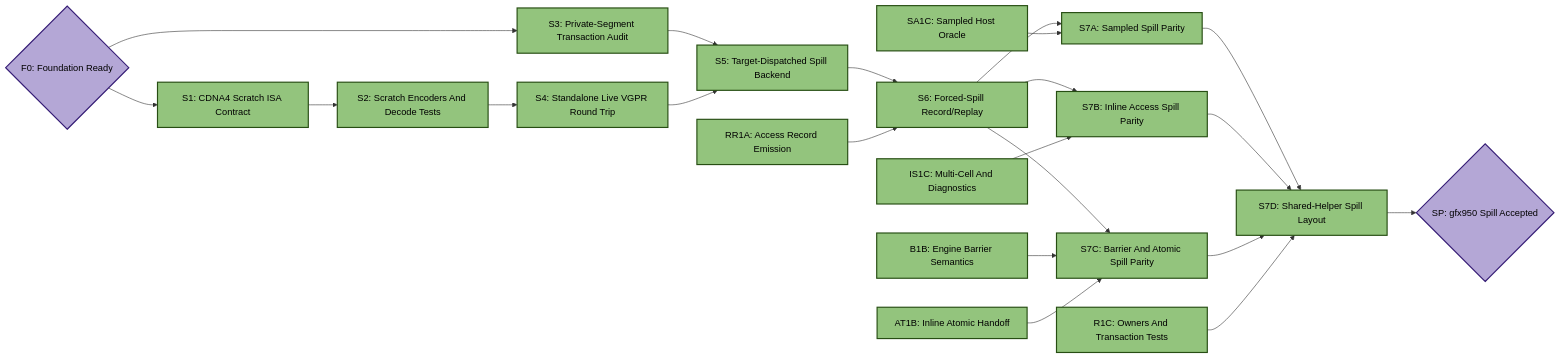
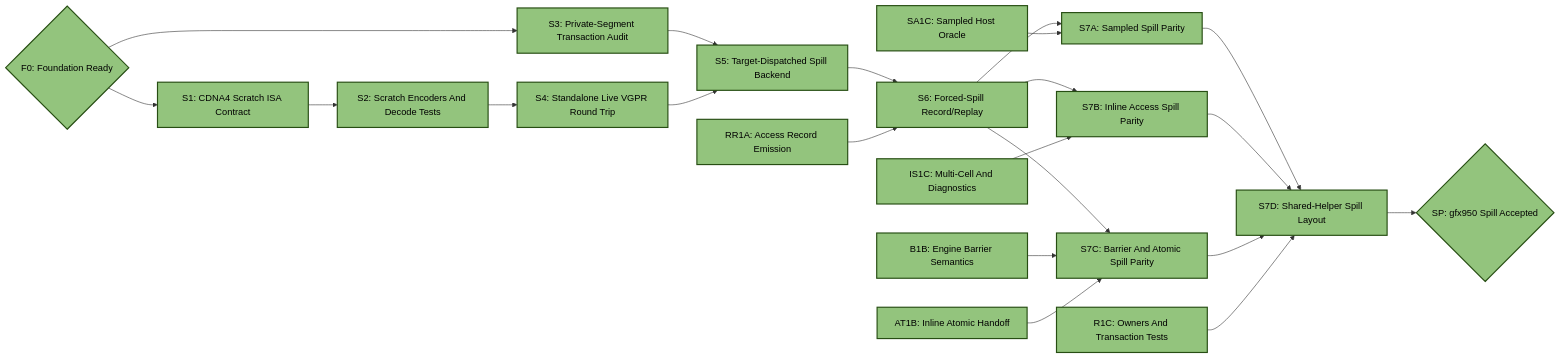
Before and after one commit to ROCm/rocm-systems: the third of 5 diagrams in emulation/rocjitsu/docs/consan/PLAN_GFX950.md, drawn with Mermaid. The commit also changed other lines of this file, not shown here.

Commit message:
consan: close gfx950 port DAG

````diff
--- a/emulation/rocjitsu/docs/consan/PLAN_GFX950.md
+++ b/emulation/rocjitsu/docs/consan/PLAN_GFX950.md
@@ -750,47 +777,47 @@
 ```mermaid
 flowchart LR
-  F0{"F0: Foundation Ready"}:::target
+  F0{"F0: Foundation Ready"}:::done
   S1["S1: CDNA4 Scratch ISA Contract"]:::done
   S2["S2: Scratch Encoders And Decode Tests"]:::done
   S3["S3: Private-Segment Transaction Audit"]:::done
   S4["S4: Standalone Live VGPR Round Trip"]:::done
   S5["S5: Target-Dispatched Spill Backend"]:::done
   RR1A["RR1A: Access Record Emission"]:::done
   S6["S6: Forced-Spill Record/Replay"]:::done
   SA1C["SA1C: Sampled Host Oracle"]:::done
   IS1C["IS1C: Multi-Cell And Diagnostics"]:::done
   B1B["B1B: Engine Barrier Semantics"]:::done
   AT1B["AT1B: Inline Atomic Handoff"]:::done
   R1C["R1C: Owners And Transaction Tests"]:::done
   S7A["S7A: Sampled Spill Parity"]:::done
   S7B["S7B: Inline Access Spill Parity"]:::done
   S7C["S7C: Barrier And Atomic Spill Parity"]:::done
   S7D["S7D: Shared-Helper Spill Layout"]:::done
-  SP{"SP: gfx950 Spill Accepted"}:::target
+  SP{"SP: gfx950 Spill Accepted"}:::done
 
   F0 --> S1
   F0 --> S3
   S1 --> S2
   S2 --> S4
   S3 --> S5
   S4 --> S5
   S5 --> S6
   RR1A --> S6
   S6 --> S7A
   SA1C --> S7A
   S6 --> S7B
   IS1C --> S7B
   S6 --> S7C
   B1B --> S7C
   AT1B --> S7C
   S7A --> S7D
   S7B --> S7D
   S7C --> S7D
   R1C --> S7D
   S7D --> SP
 
   classDef done fill:#93c47d,stroke:#274e13,stroke-width:2px,color:#000;
   classDef active fill:#f6b26b,stroke:#783f04,stroke-width:2px,color:#000;
   classDef todo fill:#b7b7b7,stroke:#434343,stroke-width:2px,color:#000;
   classDef target fill:#b4a7d6,stroke:#351c75,stroke-width:2px,color:#000;
 ```
````
